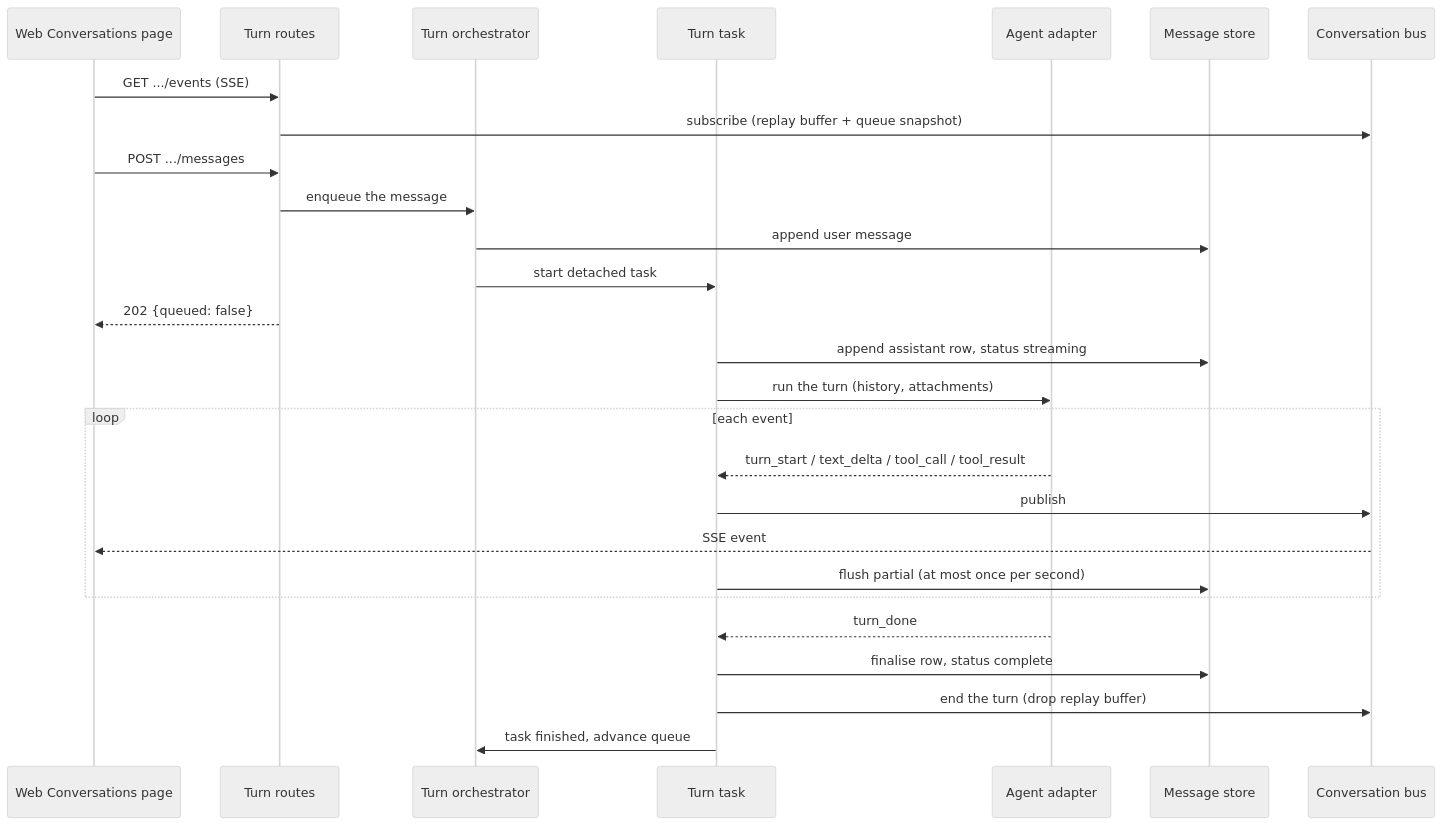
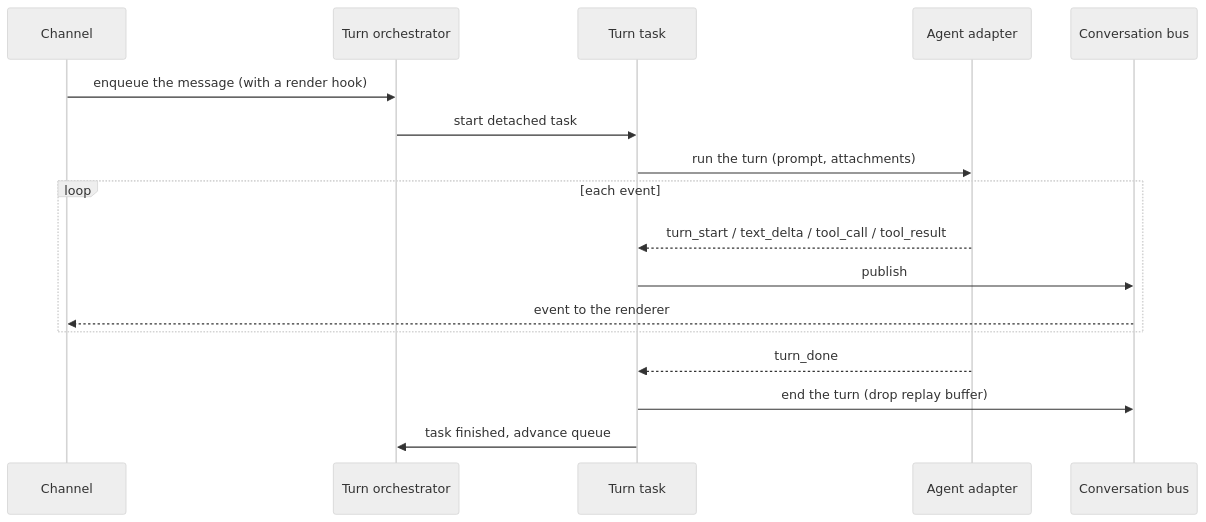
The first of 3 diagrams in docs-site/architecture/chat.md (wyx-sg/Coffer), drawn with Mermaid (neutral theme) before and after one commit. The commit also changed other lines of this file and 59 other files, not shown here.

````diff
--- a/docs-site/architecture/chat.md
+++ b/docs-site/architecture/chat.md
@@ -92,30 +93,20 @@
 ```mermaid
 sequenceDiagram
-    participant UI as Web Conversations page
-    participant API as Turn routes
+    participant CH as Channel
     participant O as Turn orchestrator
     participant R as Turn task
     participant A as Agent adapter
-    participant DB as Message store
     participant Bus as Conversation bus
 
-    UI->>API: GET .../events (SSE)
-    API->>Bus: subscribe (replay buffer + queue snapshot)
-    UI->>API: POST .../messages
-    API->>O: enqueue the message
-    O->>DB: append user message
+    CH->>O: enqueue the message (with a render hook)
     O->>R: start detached task
-    API-->>UI: 202 {queued: false}
-    R->>DB: append assistant row, status streaming
-    R->>A: run the turn (history, attachments)
+    R->>A: run the turn (prompt, attachments)
     loop each event
         A-->>R: turn_start / text_delta / tool_call / tool_result
         R->>Bus: publish
-        Bus-->>UI: SSE event
-        R->>DB: flush partial (at most once per second)
+        Bus-->>CH: event to the renderer
     end
     A-->>R: turn_done
-    R->>DB: finalise row, status complete
     R->>Bus: end the turn (drop replay buffer)
     R->>O: task finished, advance queue
 ```
````
